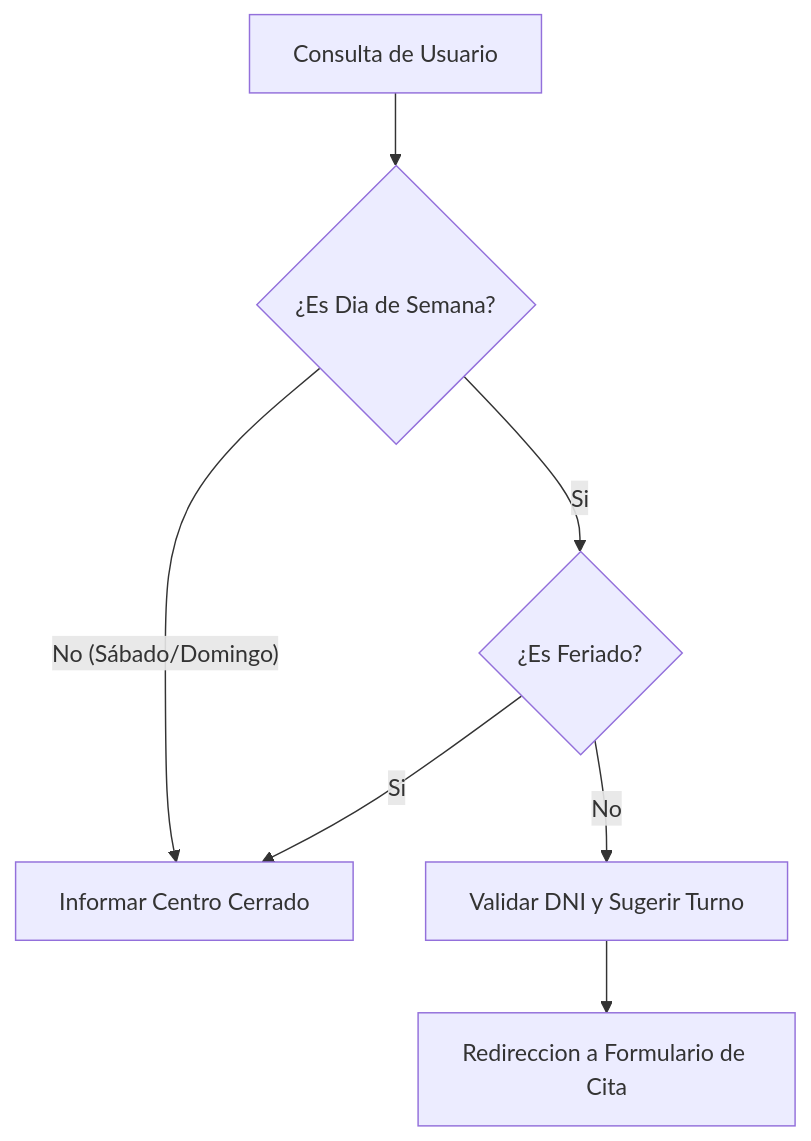
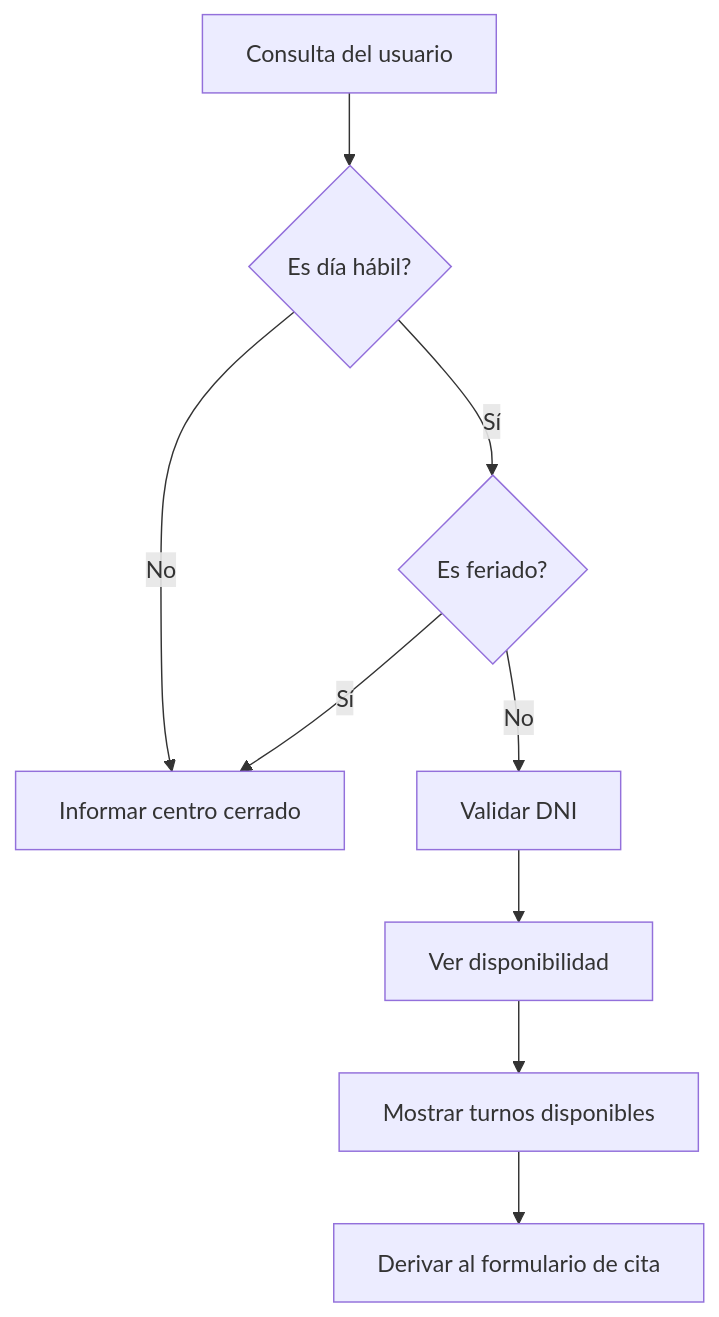
Before and after one commit to cris959/vacunar_te: the fourth of 4 diagrams in README.md, drawn with Mermaid. The commit also changed other lines of this file, not shown here.

Commit message:
feat: Corrijiendo el README

`````diff
--- a/README.md
+++ b/README.md
@@ -233,9 +233,11 @@
 ````mermaid
-graph TD
-    A[Consulta de Usuario] --> B{¿Es Dia de Semana?}
-B -- No (Sábado/Domingo) --> C[Informar Centro Cerrado]
-B -- Si --> D{¿Es Feriado?}
-D -- Si --> C
-D -- No --> E[Validar DNI y Sugerir Turno]
-E --> F[Redireccion a Formulario de Cita]
+flowchart TD
+    A[Consulta del usuario] --> B{Es día hábil?}
+B -- No --> C[Informar centro cerrado]
+B -- Sí --> D{Es feriado?}
+D -- Sí --> C
+D -- No --> E[Validar DNI]
+E --> F[Ver disponibilidad]
+F --> G[Mostrar turnos disponibles]
+G --> H[Derivar al formulario de cita]
 ````
`````
